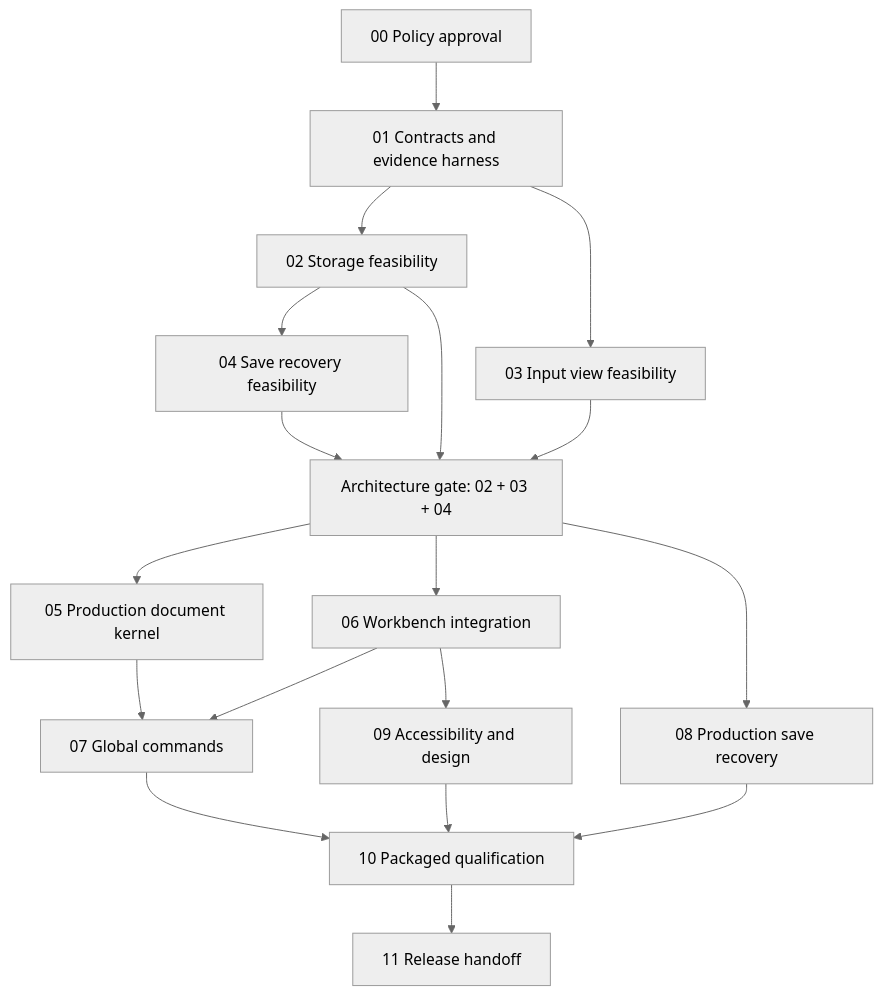
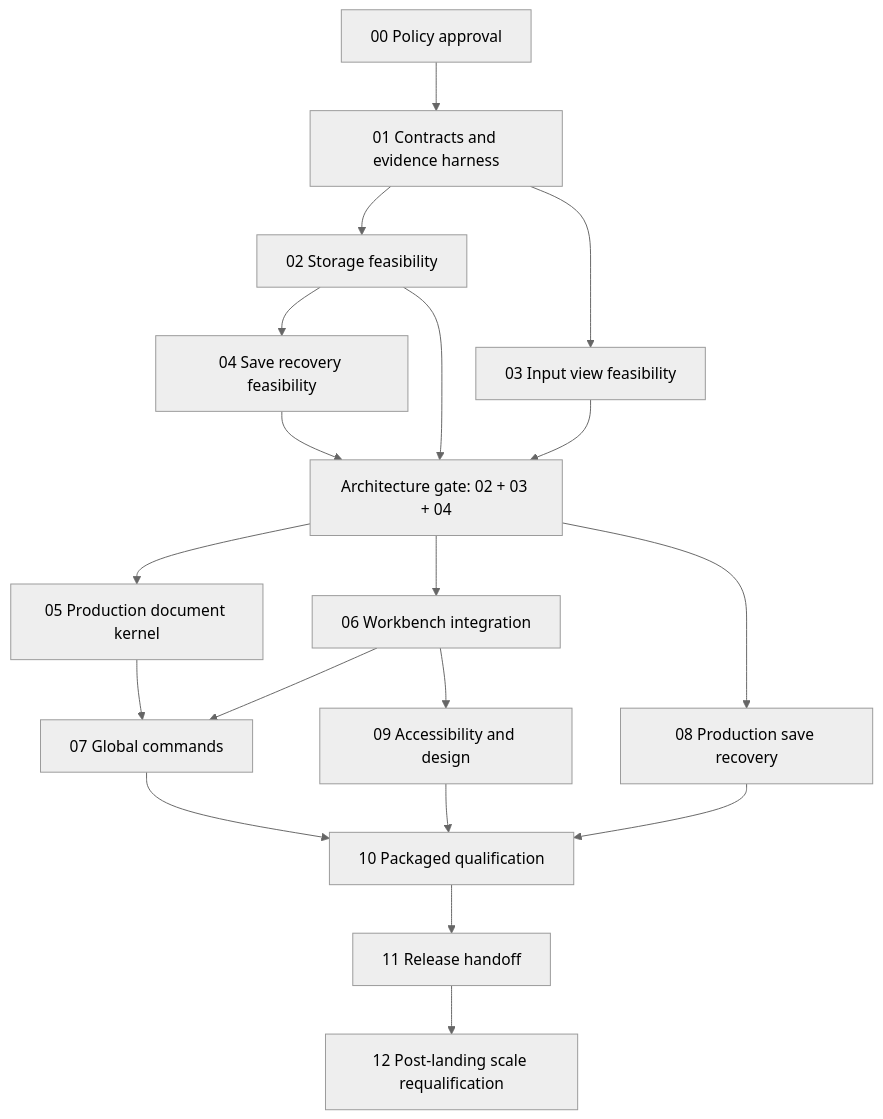
One commit to jasonneville/jasonshell changed the diagram in docs/stack-browser-quick-view-editor-implementation-plan.md. Above: the diagram before and after it, drawn with Mermaid (neutral theme). The commit also changed other lines of this file and 63 other files, not shown here.

````diff
--- a/docs/stack-browser-quick-view-editor-implementation-plan.md
+++ b/docs/stack-browser-quick-view-editor-implementation-plan.md
@@ -162,20 +239,21 @@
 ```mermaid
 flowchart TD
   P00[00 Policy approval] --> P01[01 Contracts and evidence harness]
   P01 --> P02[02 Storage feasibility]
   P01 --> P03[03 Input view feasibility]
   P02 --> P04[04 Save recovery feasibility]
   P02 --> J[Architecture gate: 02 + 03 + 04]
   P03 --> J
   P04 --> J
   J --> P05[05 Production document kernel]
   J --> P06[06 Workbench integration]
   J --> P08[08 Production save recovery]
   P05 --> P07[07 Global commands]
   P06 --> P07
   P06 --> P09[09 Accessibility and design]
   P07 --> P10[10 Packaged qualification]
   P08 --> P10
   P09 --> P10
   P10 --> P11[11 Release handoff]
+  P11 --> P12[12 Post-landing scale requalification]
 ```
````
